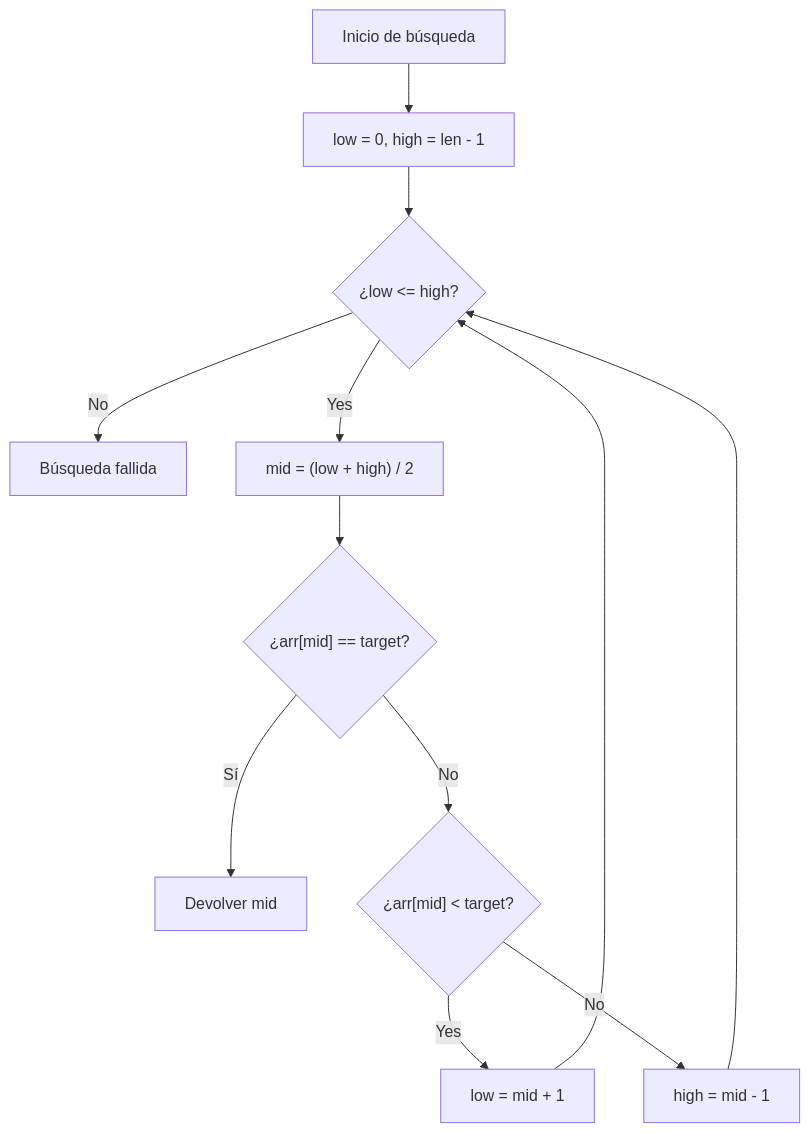
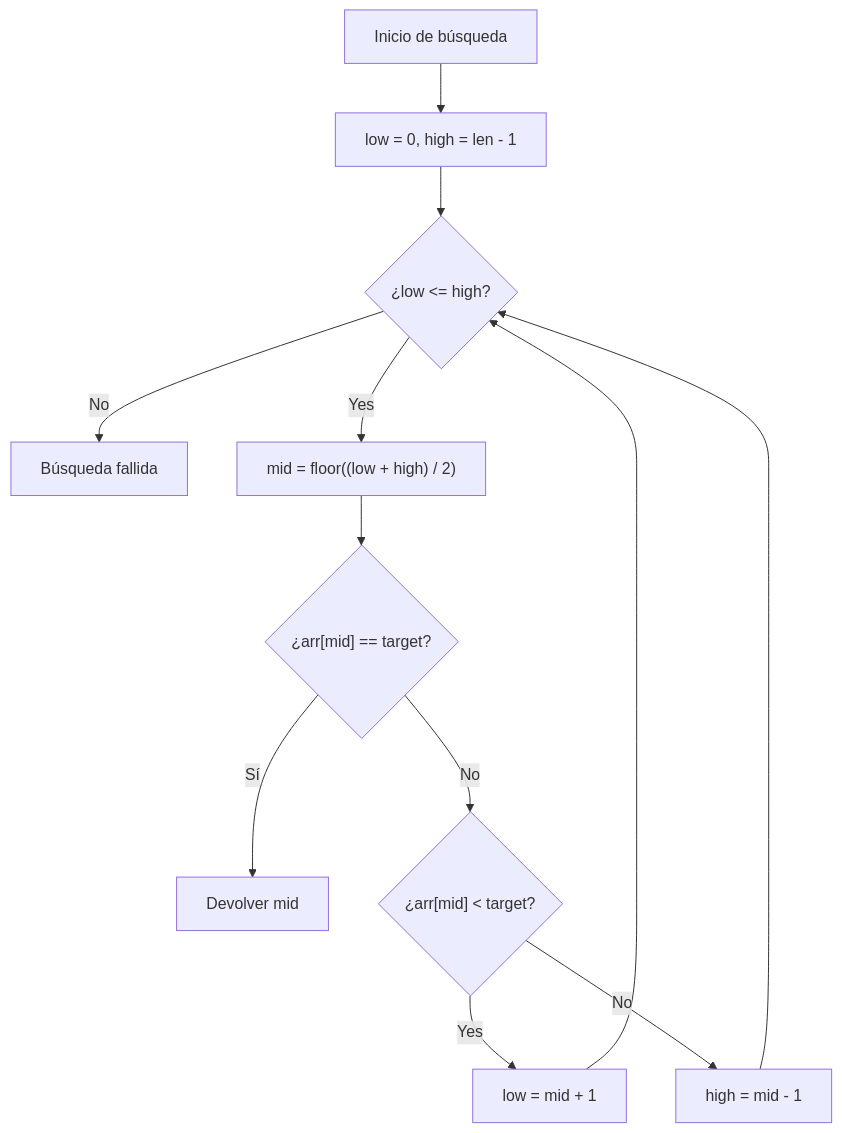
One commit to kenjinote/blog changed the second of 4 diagrams in content/post/search-algorithms-linear-binary-hash-table-principles/index.es.md. Above: the diagram before and after it, drawn with Mermaid. The commit also changed other lines of this file and 18 other files, not shown here.

````diff
--- a/content/post/search-algorithms-linear-binary-hash-table-principles/index.es.md
+++ b/content/post/search-algorithms-linear-binary-hash-table-principles/index.es.md
@@ -210,14 +92,14 @@
 ```mermaid
 flowchart TD
     A["Inicio de búsqueda"] --> B["low = 0, high = len - 1"]
     B --> C{"¿low <= high?"}
     C -- "No" --> D["Búsqueda fallida"]
-    C -- "Yes" --> E["mid = (low + high) / 2"]
+    C -- "Yes" --> E["mid = floor((low + high) / 2)"]
     E --> F{"¿arr[mid] == target?"}
     F -- "Sí" --> G["Devolver mid"]
     F -- "No" --> H{"¿arr[mid] < target?"}
     H -- "Yes" --> I["low = mid + 1"]
     H -- "No" --> J["high = mid - 1"]
     I --> C
     J --> C
 ```
````
